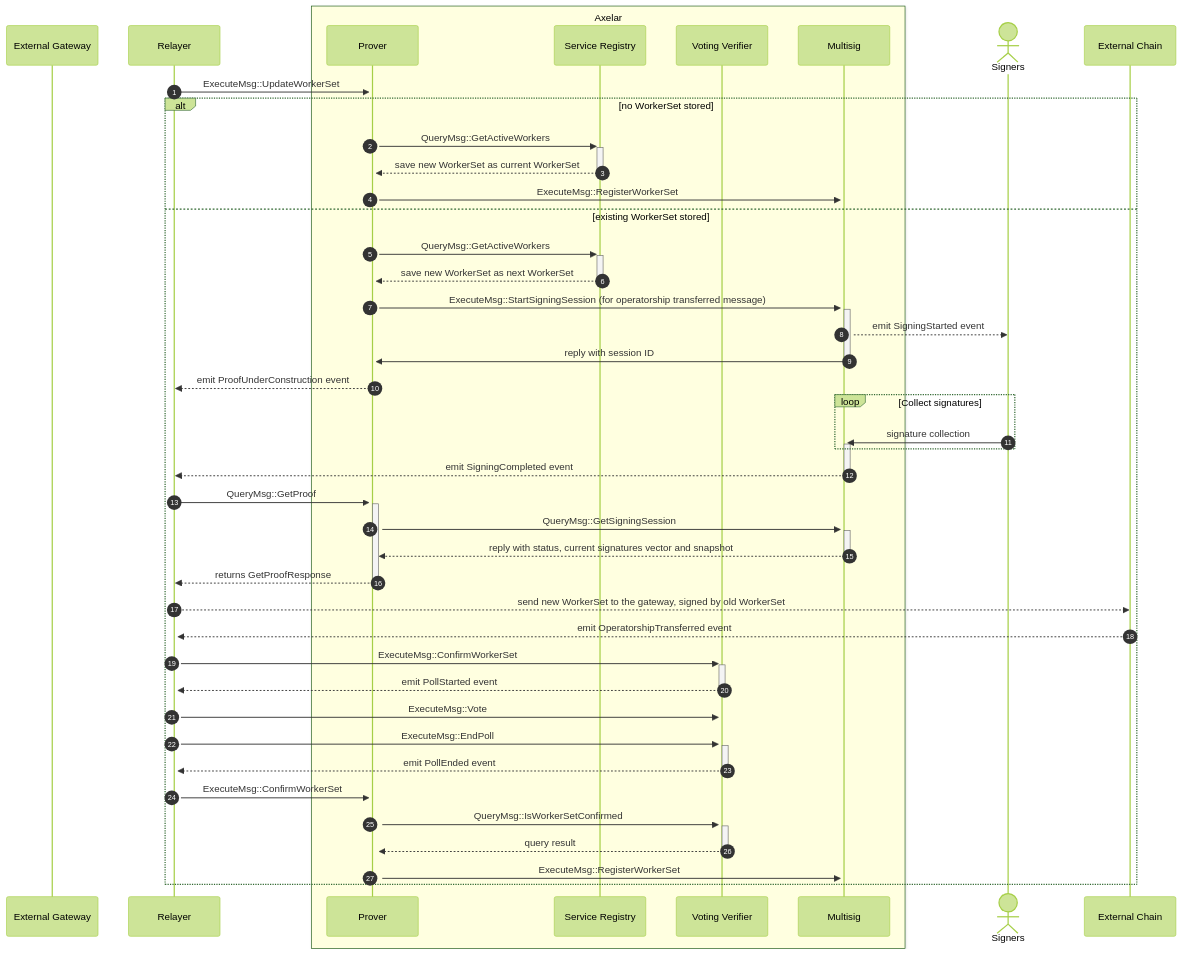
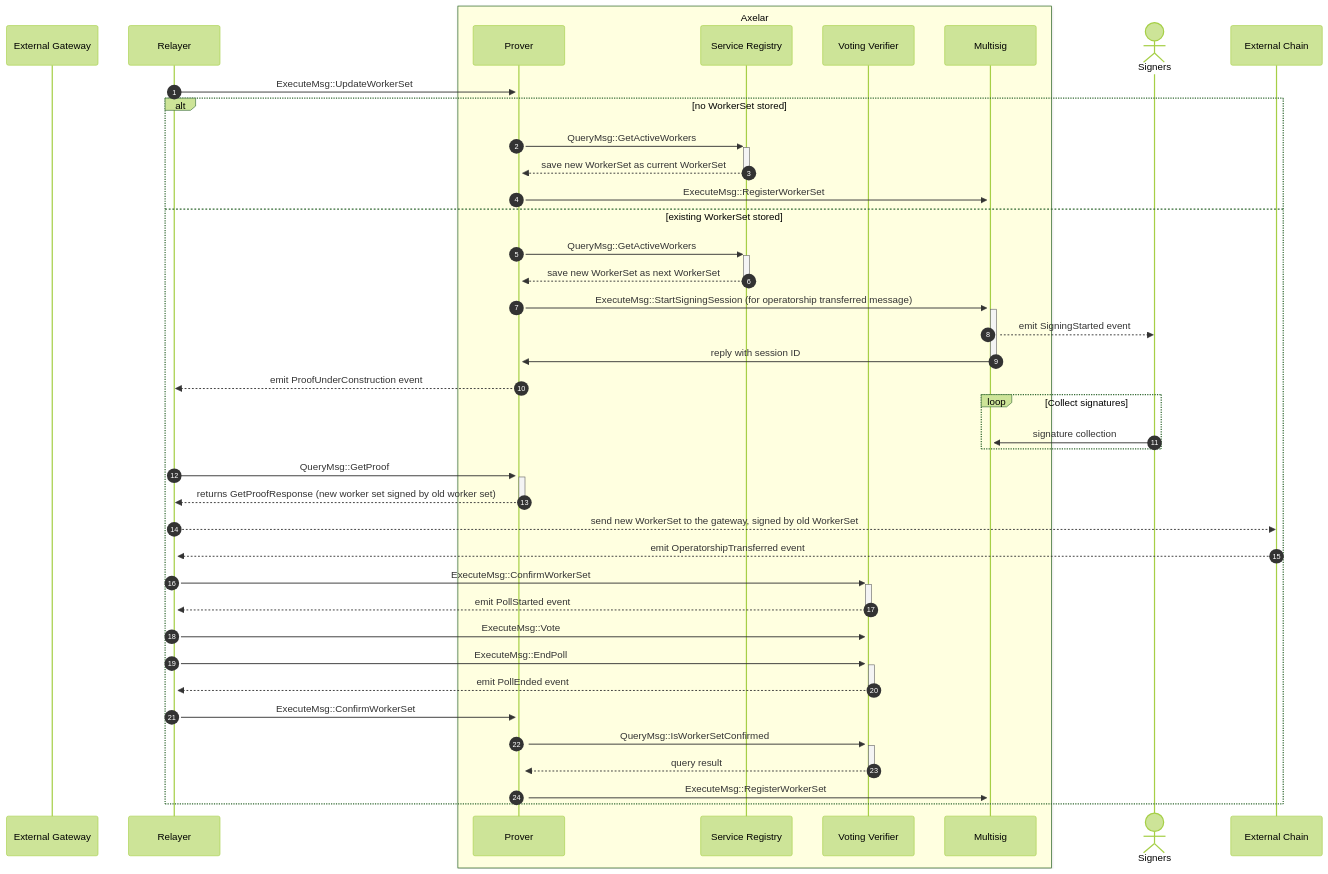
One commit to axelarnetwork/axelar-amplifier changed the fourth of 4 diagrams in doc/src/contracts/multisig_prover.md. Above: the diagram before and after it, drawn with Mermaid (forest theme).

Commit message:
Shorten proof construction details

````diff
--- a/doc/src/contracts/multisig_prover.md
+++ b/doc/src/contracts/multisig_prover.md
@@ -152,45 +152,42 @@
 ```mermaid
 sequenceDiagram
 autonumber
 participant External Gateway
 participant Relayer
 box LightYellow Axelar
 participant Prover
 participant Service Registry
 participant Voting Verifier
 participant Multisig
 end
 actor Signers
 Relayer->>+Prover: ExecuteMsg::UpdateWorkerSet
 alt no WorkerSet stored
   Prover->>+Service Registry: QueryMsg::GetActiveWorkers
   Service Registry-->>-Prover: save new WorkerSet as current WorkerSet
   Prover->>+Multisig: ExecuteMsg::RegisterWorkerSet
 else existing WorkerSet stored
   Prover->>+Service Registry: QueryMsg::GetActiveWorkers
   Service Registry-->>-Prover: save new WorkerSet as next WorkerSet
   Prover->>+Multisig: ExecuteMsg::StartSigningSession (for operatorship transferred message)
   Multisig-->>Signers: emit SigningStarted event
   Multisig->>-Prover: reply with session ID
   Prover-->>Relayer: emit ProofUnderConstruction event
   loop Collect signatures
 	  Signers->>+Multisig: signature collection
   end
-  Multisig-->>-Relayer: emit SigningCompleted event
   Relayer->>+Prover: QueryMsg::GetProof
-  Prover->>+Multisig: QueryMsg::GetSigningSession
-  Multisig-->>-Prover: reply with status, current signatures vector and snapshot
-  Prover-->>-Relayer: returns GetProofResponse
+  Prover-->>-Relayer: returns GetProofResponse (new worker set signed by old worker set)
   Relayer-->>External Chain: send new WorkerSet to the gateway, signed by old WorkerSet
   External Chain-->>+Relayer: emit OperatorshipTransferred event
   Relayer->>+Voting Verifier: ExecuteMsg::ConfirmWorkerSet
   Voting Verifier-->>-Relayer: emit PollStarted event
   Relayer->>+Voting Verifier: ExecuteMsg::Vote
   Relayer->>+Voting Verifier: ExecuteMsg::EndPoll
   Voting Verifier-->>-Relayer: emit PollEnded event
   Relayer->>+Prover: ExecuteMsg::ConfirmWorkerSet
   Prover->>+Voting Verifier: QueryMsg::IsWorkerSetConfirmed
   Voting Verifier-->>-Prover: query result
   Prover->>+Multisig: ExecuteMsg::RegisterWorkerSet
 end
 ```
````
